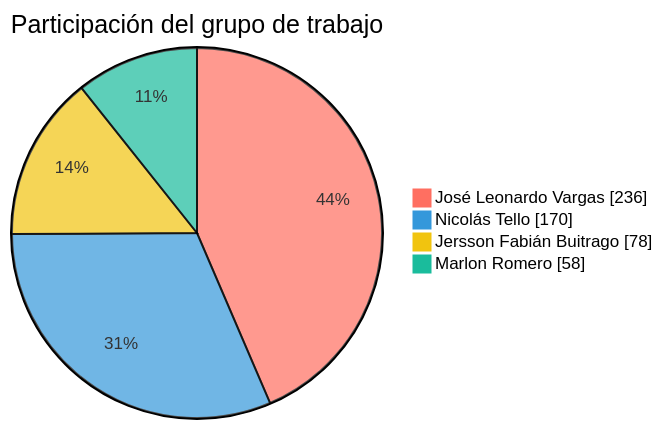
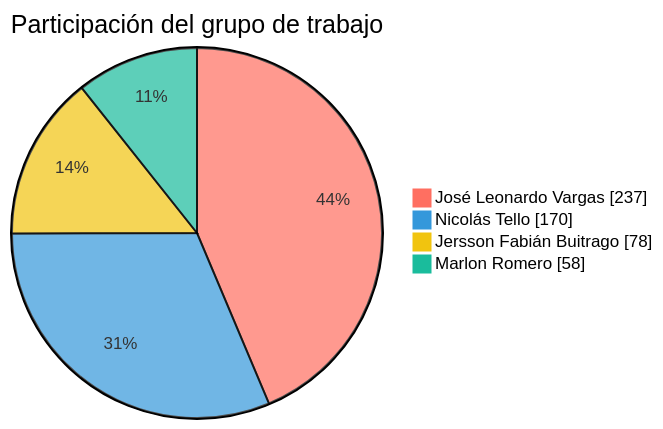
The first of 2 diagrams in README.md (FarmaExpres/FarmaExpres), drawn with Mermaid before and after one commit. The commit also changed other lines of this file and 1 other file, not shown here.

````diff
--- a/README.md
+++ b/README.md
@@ -389,9 +389,9 @@
 ```mermaid
 %%{init: {"themeVariables": {"pie1": "#ff6f61", "pie2": "#3498db", "pie3": "#f1c40f", "pie4": "#1abc9c", "pieLabelColor": "#000000", "pieLabelFontSize": "24px", "pieLabelFontWeight": "700"}}}%%
 pie showData
     title Participación del grupo de trabajo
-    "José Leonardo Vargas" : 236
+    "José Leonardo Vargas" : 237
     "Nicolás Tello" : 170
     "Jersson Fabián Buitrago" : 78
     "Marlon Romero" : 58
 ```
````
